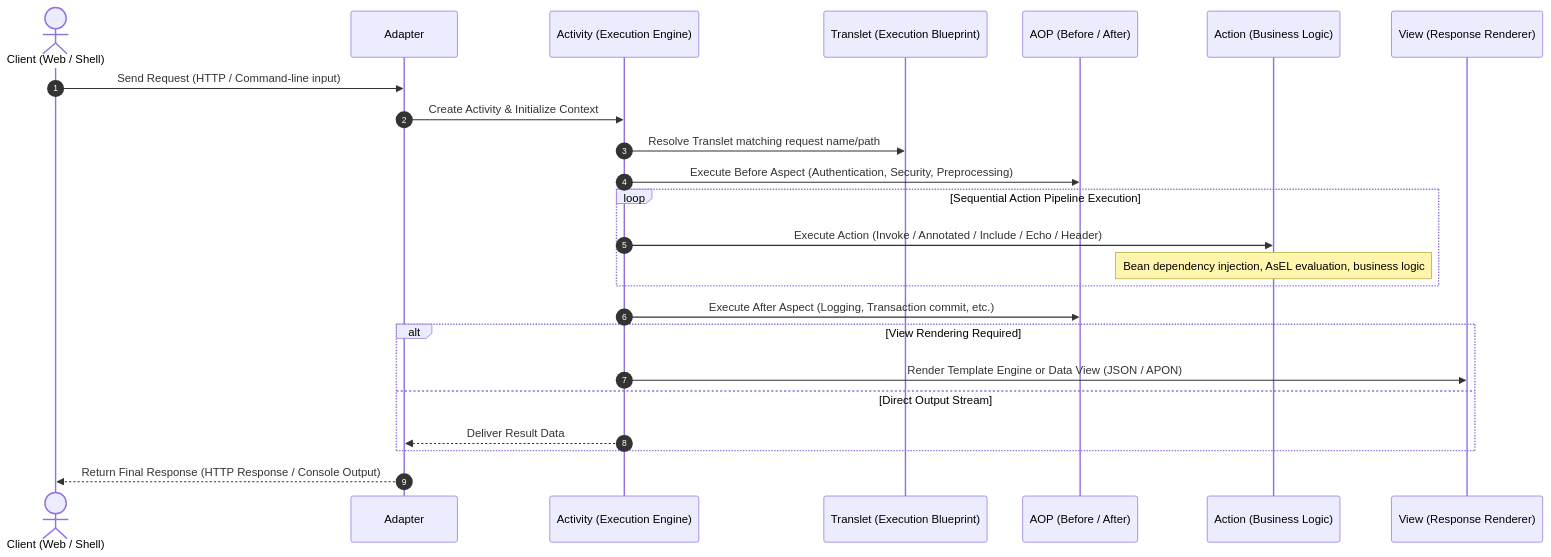
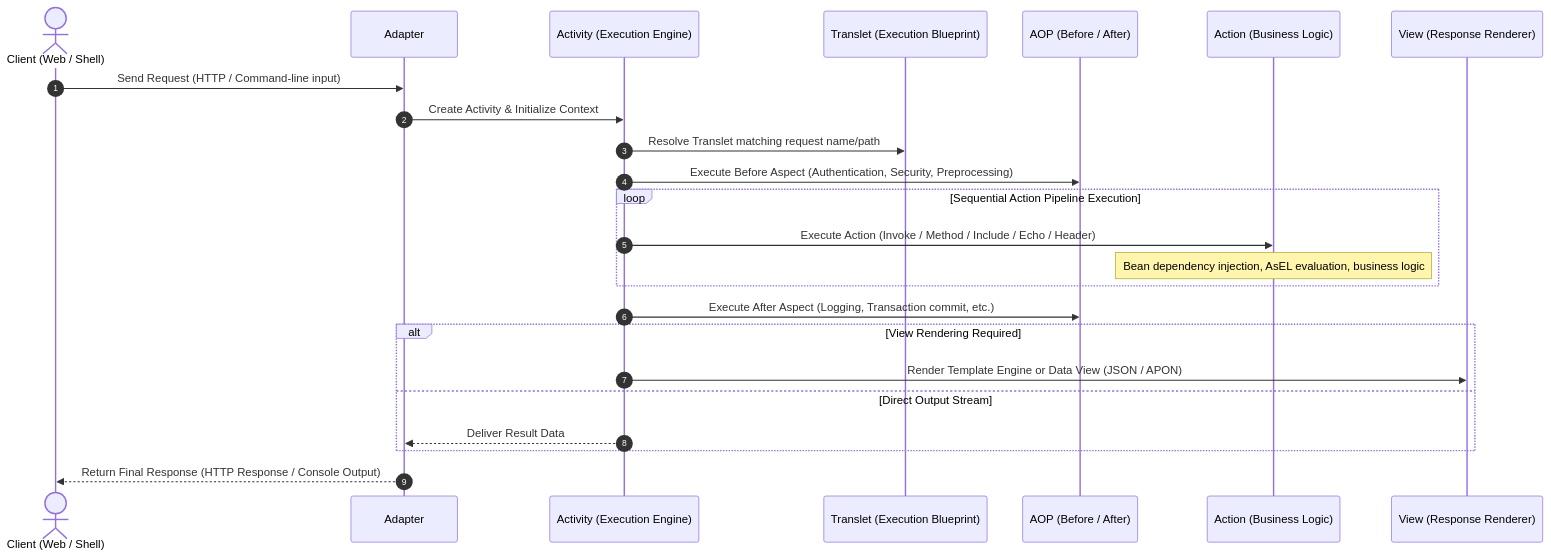
One commit to aspectran/aspectran.github.io changed the second of 2 diagrams in _pages/en/docs/guides/aspectran-overview.md. Above: the diagram before and after it, drawn with Mermaid. The commit also changed other lines of this file and 7 other files, not shown here.

````diff
--- a/_pages/en/docs/guides/aspectran-overview.md
+++ b/_pages/en/docs/guides/aspectran-overview.md
@@ -74,27 +74,27 @@
 ```mermaid
 sequenceDiagram
     autonumber
     actor Client as Client (Web / Shell)
     participant Adapter as Adapter
     participant Activity as Activity (Execution Engine)
     participant Translet as Translet (Execution Blueprint)
     participant Aspect as AOP (Before / After)
     participant Action as Action (Business Logic)
     participant View as View (Response Renderer)
 
     Client->>Adapter: Send Request (HTTP / Command-line input)
     Adapter->>Activity: Create Activity & Initialize Context
     Activity->>Translet: Resolve Translet matching request name/path
     Activity->>Aspect: Execute Before Aspect (Authentication, Security, Preprocessing)
     loop Sequential Action Pipeline Execution
-        Activity->>Action: Execute Action (Invoke / Annotated / Include / Echo / Header)
+        Activity->>Action: Execute Action (Invoke / Method / Include / Echo / Header)
         Note over Action: Bean dependency injection, AsEL evaluation, business logic
     end
     Activity->>Aspect: Execute After Aspect (Logging, Transaction commit, etc.)
     alt View Rendering Required
         Activity->>View: Render Template Engine or Data View (JSON / APON)
     else Direct Output Stream
         Activity-->>Adapter: Deliver Result Data
     end
     Adapter-->>Client: Return Final Response (HTTP Response / Console Output)
 ```
````
